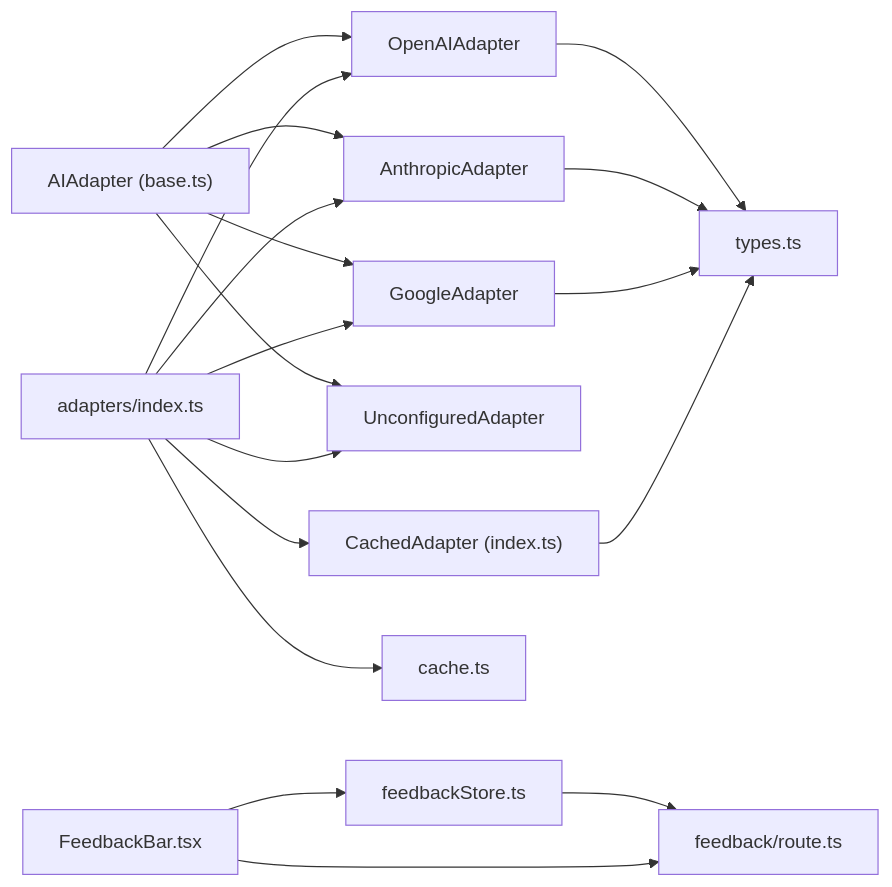
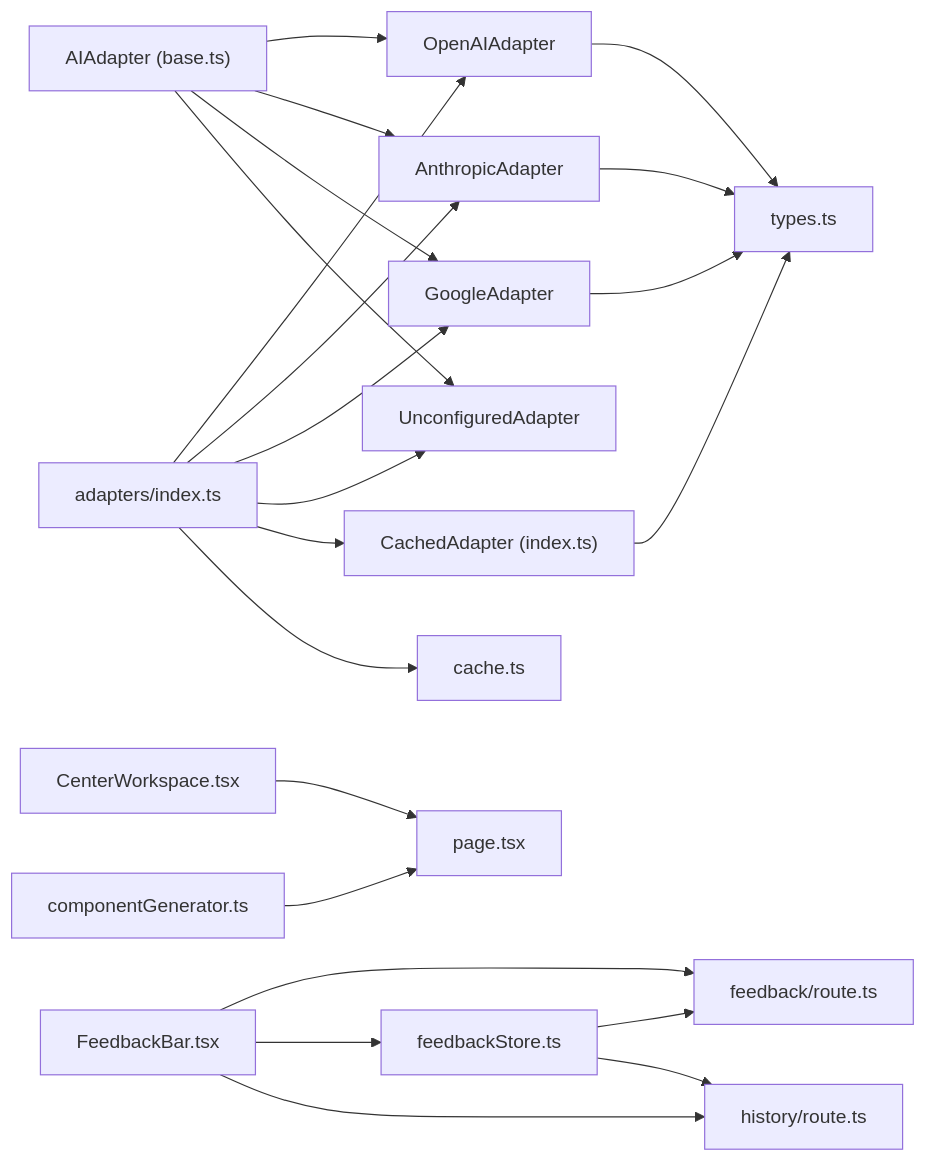
The seventh of 7 diagrams in .qoder/repowiki/en/content/Architecture & Design/Design Patterns/Design Patterns.md (shekhargiri005-dotcom/AI-powered-accessibility-first-UI-engine), drawn with Mermaid before and after one commit. The commit also changed other lines of this file and 71 other files, not shown here.

````diff
--- a/.qoder/repowiki/en/content/Architecture & Design/Design Patterns/Design Patterns.md
+++ b/.qoder/repowiki/en/content/Architecture & Design/Design Patterns/Design Patterns.md
@@ -358,20 +422,24 @@
 ```mermaid
 graph LR
 BASE["AIAdapter (base.ts)"] --> OPENAI["OpenAIAdapter"]
 BASE --> ANTH["AnthropicAdapter"]
 BASE --> GOOGLE["GoogleAdapter"]
 BASE --> UNCONF["UnconfiguredAdapter"]
 IDX["adapters/index.ts"] --> OPENAI
 IDX --> ANTH
 IDX --> GOOGLE
 IDX --> UNCONF
 IDX --> CACHE["CachedAdapter (index.ts)"]
 OPENAI --> TYPES["types.ts"]
 ANTH --> TYPES
 GOOGLE --> TYPES
 CACHE --> TYPES
 IDX --> CACHEPROV["cache.ts"]
 FEEDBACK_STORE["feedbackStore.ts"] --> FEEDBACK_API["feedback/route.ts"]
+FEEDBACK_STORE --> HISTORY_API["history/route.ts"]
 FEEDBACK_BAR["FeedbackBar.tsx"] --> FEEDBACK_API
 FEEDBACK_BAR --> FEEDBACK_STORE
+FEEDBACK_BAR --> HISTORY_API
+CHAT["CenterWorkspace.tsx"] --> PAGE["page.tsx"]
+COMP_GEN["componentGenerator.ts"] --> PAGE
 ```
````
